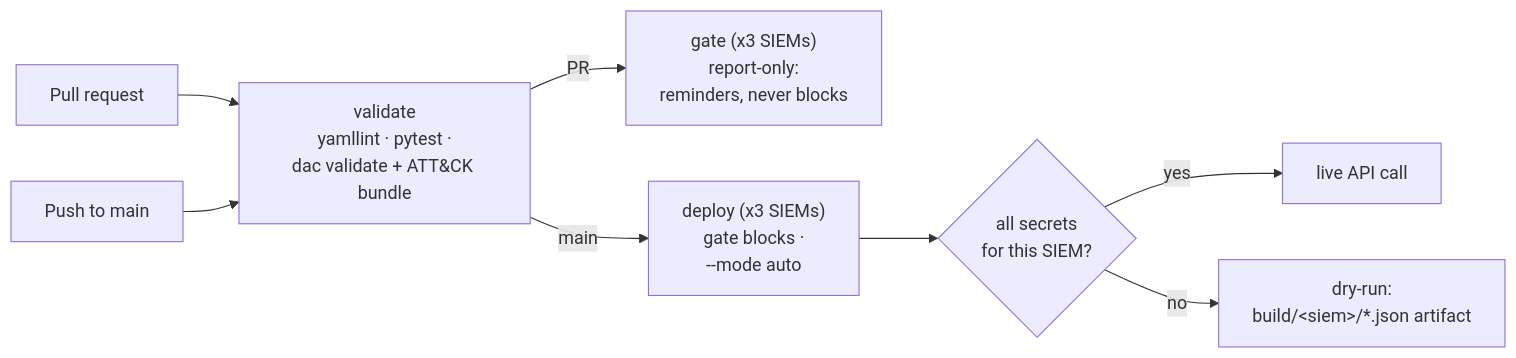
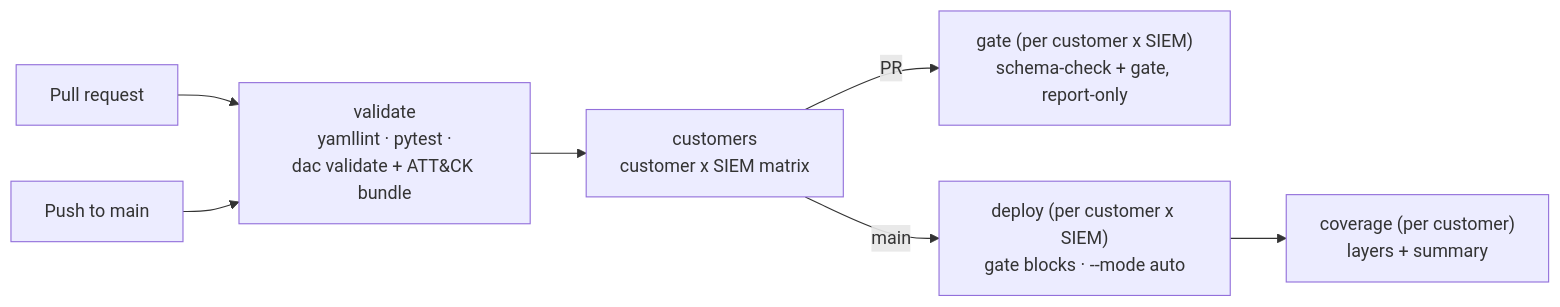
One commit to HungryBrain-bot/detection_As_Code changed the diagram in docs/components/ci.md. Above: the diagram before and after it, drawn with Mermaid. The commit also changed other lines of this file and 57 other files, not shown here.

First line of the commit message:
Add per-customer gate, baseline tier, schema check with read-only probes, coverage layers

````diff
--- a/docs/components/ci.md
+++ b/docs/components/ci.md
@@ -11,10 +13,9 @@
 ```mermaid
 flowchart LR
     PR["Pull request"] --> V["validate<br/>yamllint · pytest ·<br/>dac validate + ATT&CK bundle"]
     PUSH["Push to main"] --> V
-    V -- PR --> G["gate (x3 SIEMs)<br/>report-only:<br/>reminders, never blocks"]
-    V -- main --> D["deploy (x3 SIEMs)<br/>gate blocks ·<br/>--mode auto"]
-    D --> L{"all secrets<br/>for this SIEM?"}
-    L -- yes --> LIVE["live API call"]
-    L -- no --> DRY["dry-run:<br/>build/&lt;siem&gt;/*.json artifact"]
+    V --> C["customers<br/>customer x SIEM matrix"]
+    C -- PR --> G["gate (per customer x SIEM)<br/>schema-check + gate, report-only"]
+    C -- main --> D["deploy (per customer x SIEM)<br/>gate blocks · --mode auto"]
+    D --> COV["coverage (per customer)<br/>layers + summary"]
 ```
````
